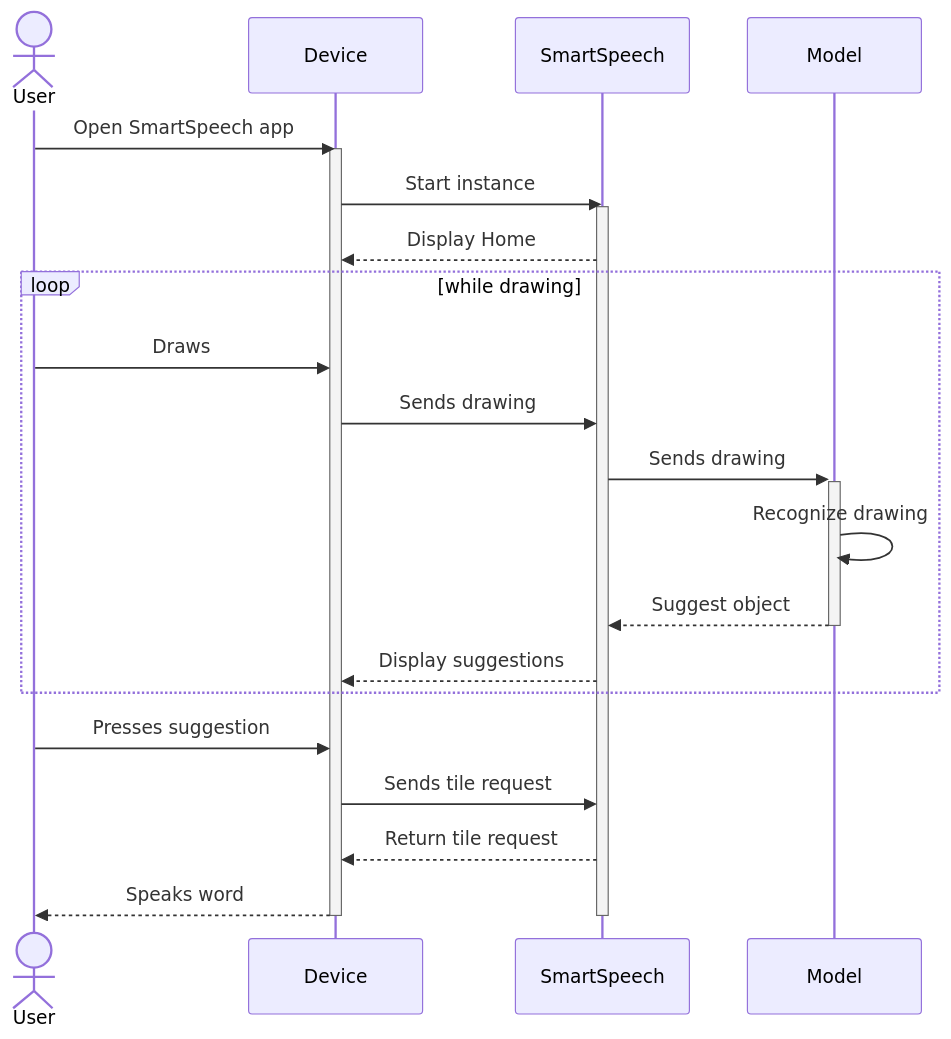
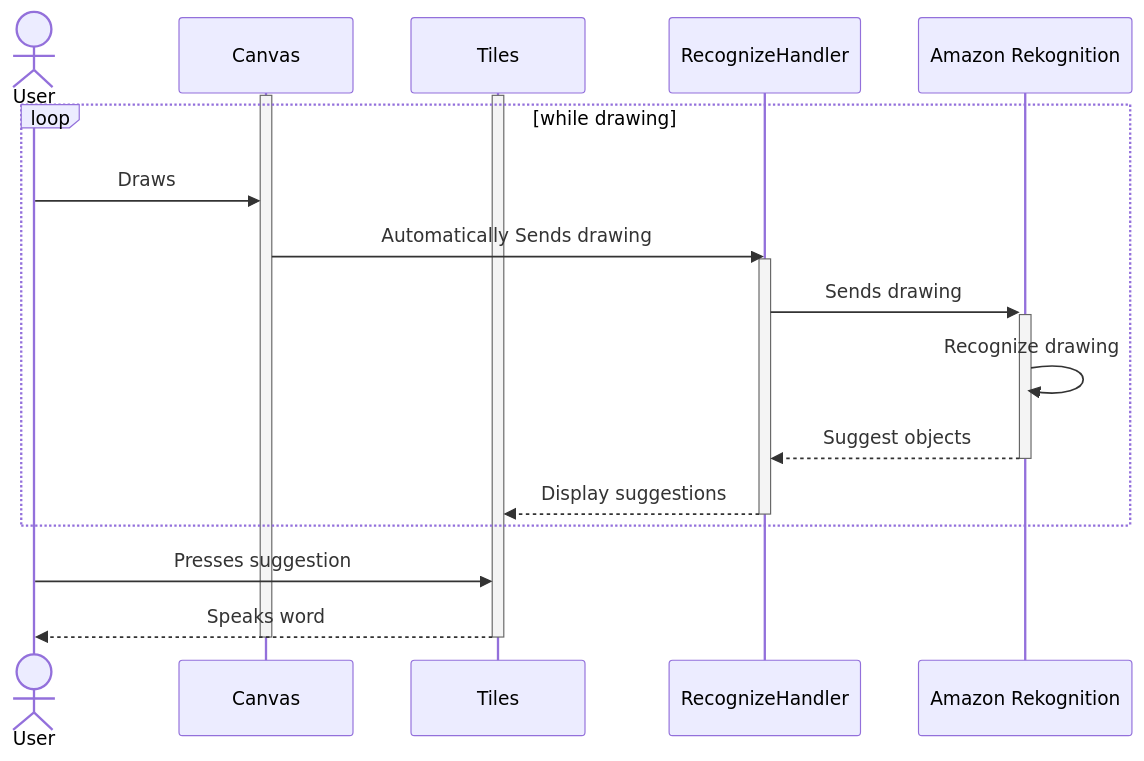
Before and after one commit to Capstone-Projects-2023-Fall/project-smartspeech: the first of 9 diagrams in documentation/docs/system-architecture/SequenceDiagrams.md, drawn with Mermaid. The commit also changed other lines of this file, not shown here.

Commit message:
Update sequence diagrams based on feedback

````diff
--- a/documentation/docs/system-architecture/SequenceDiagrams.md
+++ b/documentation/docs/system-architecture/SequenceDiagrams.md
@@ -10,31 +10,28 @@
 ```mermaid
 sequenceDiagram
     actor U as User
-    participant D as Device
-    participant S as SmartSpeech
-    participant M as Model
+    participant C as Canvas
+    participant T as Tiles
+    participant RH as RecognizeHandler
+    participant AR as Amazon Rekognition
 
-    U->>D: Open SmartSpeech app
-    activate D
-    D->>S: Start instance
-    activate S
-    S-->>D: Display Home
+    activate C
+    activate T
     
     loop while drawing
-        U->>D: Draws
-        D->>S: Sends drawing
-        S->>+M: Sends drawing
-        M->>M: Recognize drawing
-        M-->>-S: Suggest object
-        S-->>D: Display suggestions
+        U->>C: Draws
+        C->>RH: Automatically Sends drawing
+        activate RH
+        RH->>+AR: Sends drawing
+        AR->>AR: Recognize drawing
+        AR-->>-RH: Suggest objects
+        RH-->>T: Display suggestions
+        deactivate RH
     end
+    
+    U->>T: Presses suggestion
+    T-->>U: Speaks word
 
-    
-    U->>D: Presses suggestion
-    D->>S: Sends tile request
-    S-->>D: Return tile request    
-    D-->>U: Speaks word
-
-    deactivate D
-    deactivate S
+    deactivate C
+    deactivate T
 ```
````
